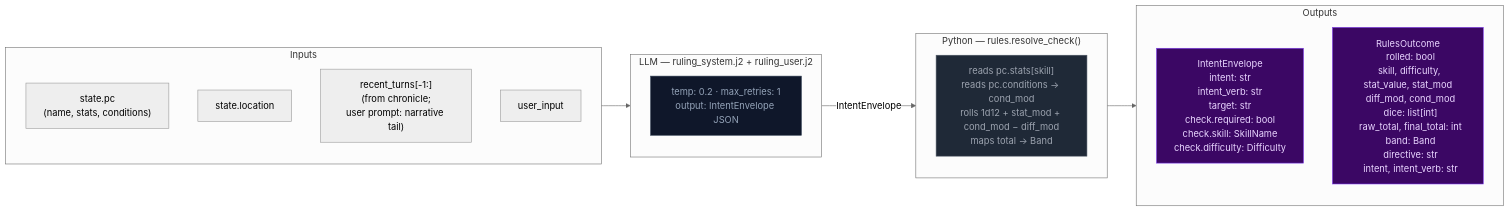
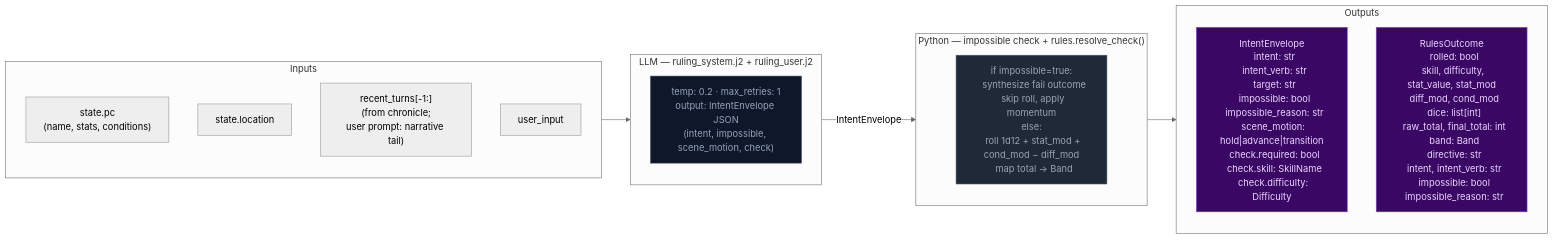
The diagram in docs/architecture/step0-ruling.md (pww217/fablethread), drawn with Mermaid (neutral theme) before and after one commit. The commit also changed other lines of this file and 3 other files, not shown here.

First line of the commit message:
docs: update architecture docs for impossible actions and outcome_hint

````diff
--- a/docs/architecture/step0-ruling.md
+++ b/docs/architecture/step0-ruling.md
@@ -8,31 +8,31 @@
 ```mermaid
 flowchart LR
     classDef stageRules fill:#4c1d95,color:#ddd6fe,stroke:#7c3aed
     classDef llmNode    fill:#0f172a,color:#94a3b8,stroke:#334155
     classDef pyNode     fill:#1f2937,color:#9ca3af,stroke:#4b5563
     classDef outNode    fill:#3b0764,color:#e9d5ff,stroke:#7c3aed
 
     subgraph IN["Inputs"]
         I1["state.pc<br>(name, stats, conditions)"]
         I2["state.location"]
         I3["recent_turns[-1:]<br>(from chronicle;<br>user prompt: narrative tail)"]
         I4["user_input"]
     end
 
     subgraph LLM0["LLM — ruling_system.j2 + ruling_user.j2"]
-        L0["temp: 0.2 · max_retries: 1<br>output: IntentEnvelope JSON"]:::llmNode
+        L0["temp: 0.2 · max_retries: 1<br>output: IntentEnvelope JSON<br>(intent, impossible, scene_motion, check)"]:::llmNode
     end
 
-    subgraph PYRES["Python — rules.resolve_check()"]
-        P0["reads pc.stats[skill]<br>reads pc.conditions → cond_mod<br>rolls 1d12 + stat_mod + cond_mod − diff_mod<br>maps total → Band"]:::pyNode
+    subgraph PYRES["Python — impossible check + rules.resolve_check()"]
+        P0["if impossible=true:<br>  synthesize fail outcome<br>  skip roll, apply momentum<br>else:<br>  roll 1d12 + stat_mod + cond_mod − diff_mod<br>  map total → Band"]:::pyNode
     end
 
     subgraph OUT["Outputs"]
-        O1["IntentEnvelope<br>  intent: str<br>  intent_verb: str<br>  target: str<br>  check.required: bool<br>  check.skill: SkillName<br>  check.difficulty: Difficulty"]:::outNode
-        O2["RulesOutcome<br>  rolled: bool<br>  skill, difficulty, stat_value, stat_mod<br>  diff_mod, cond_mod<br>  dice: list[int]<br>  raw_total, final_total: int<br>  band: Band<br>  directive: str<br>  intent, intent_verb: str"]:::outNode
+        O1["IntentEnvelope<br>  intent: str<br>  intent_verb: str<br>  target: str<br>  impossible: bool<br>  impossible_reason: str<br>  scene_motion: hold|advance|transition<br>  check.required: bool<br>  check.skill: SkillName<br>  check.difficulty: Difficulty"]:::outNode
+        O2["RulesOutcome<br>  rolled: bool<br>  skill, difficulty, stat_value, stat_mod<br>  diff_mod, cond_mod<br>  dice: list[int]<br>  raw_total, final_total: int<br>  band: Band<br>  directive: str<br>  intent, intent_verb: str<br>  impossible: bool<br>  impossible_reason: str"]:::outNode
     end
 
     IN --> LLM0
     LLM0 -- "IntentEnvelope" --> PYRES
     PYRES --> OUT
 ```
````
